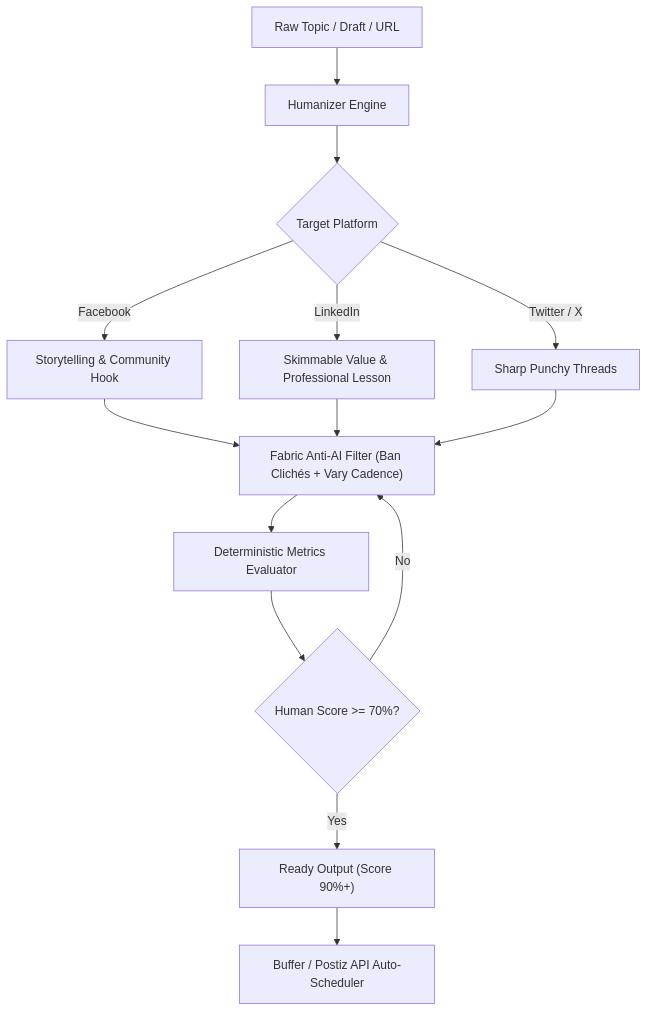
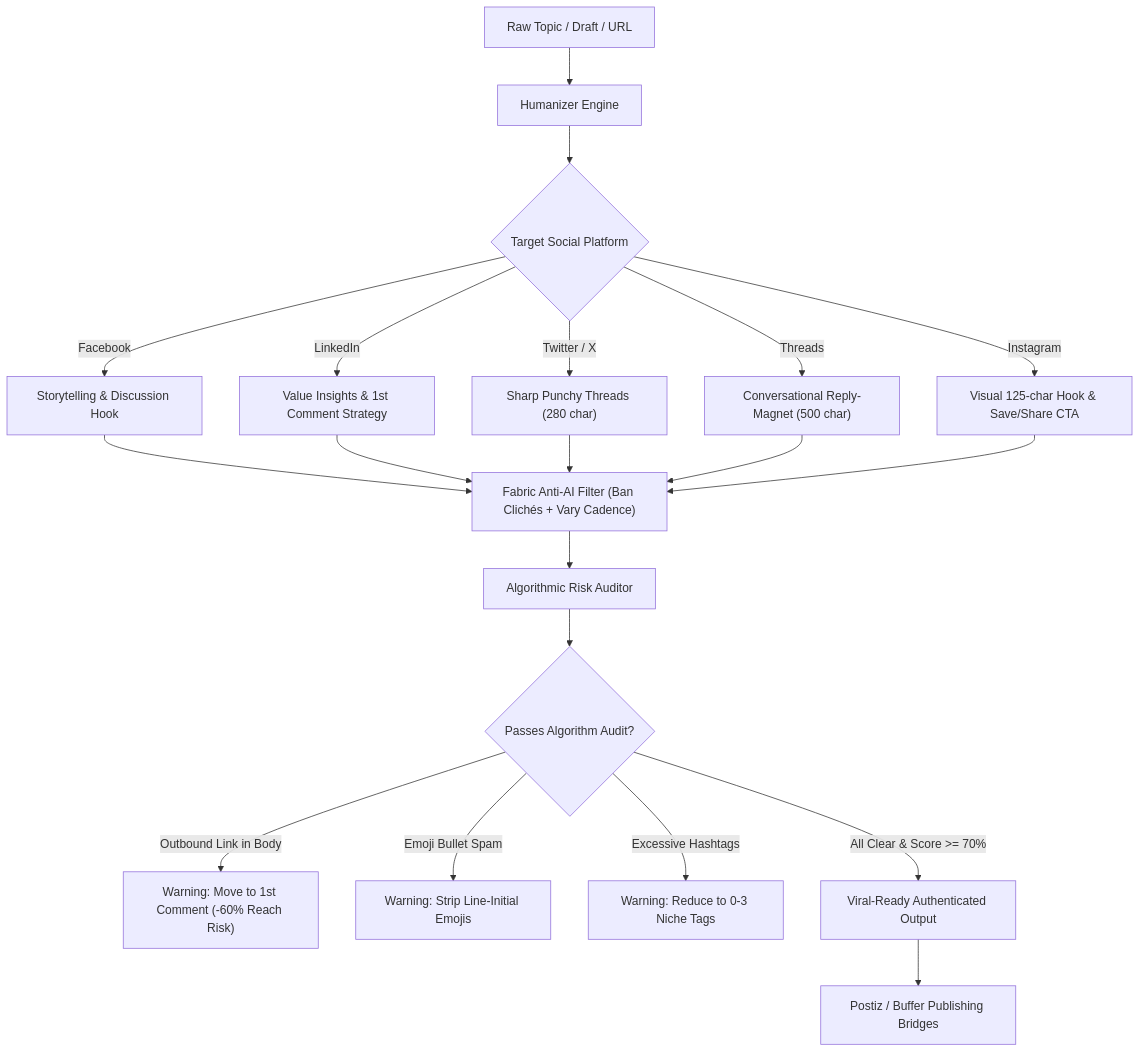
One commit to Jubayer-ahamed42/social-humanizer changed the diagram in README.md. Above: the diagram before and after it, drawn with Mermaid. The commit also changed other lines of this file and 16 other files, not shown here.

Commit message:
feat: complete multi-platform social humanizer engine with algorithmic risk auditor, rich CLI, and interactive web playground

````diff
--- a/README.md
+++ b/README.md
@@ -36,14 +57,21 @@
 ```mermaid
 flowchart TD
     A["Raw Topic / Draft / URL"] --> B["Humanizer Engine"]
-    B --> C{"Target Platform"}
-    C -->|Facebook| D["Storytelling & Community Hook"]
-    C -->|LinkedIn| E["Skimmable Value & Professional Lesson"]
-    C -->|Twitter / X| F["Sharp Punchy Threads"]
-    D & E & F --> G["Fabric Anti-AI Filter (Ban Clichés + Vary Cadence)"]
-    G --> H["Deterministic Metrics Evaluator"]
-    H --> I{"Human Score >= 70%?"}
-    I -->|No| G
-    I -->|Yes| J["Ready Output (Score 90%+)"]
-    J --> K["Buffer / Postiz API Auto-Scheduler"]
+    B --> C{"Target Social Platform"}
+    C -->|Facebook| D["Storytelling & Discussion Hook"]
+    C -->|LinkedIn| E["Value Insights & 1st Comment Strategy"]
+    C -->|Twitter / X| F["Sharp Punchy Threads (280 char)"]
+    C -->|Threads| G["Conversational Reply-Magnet (500 char)"]
+    C -->|Instagram| H["Visual 125-char Hook & Save/Share CTA"]
+    
+    D & E & F & G & H --> I["Fabric Anti-AI Filter (Ban Clichés + Vary Cadence)"]
+    I --> J["Algorithmic Risk Auditor"]
+    
+    J --> K{"Passes Algorithm Audit?"}
+    K -->|Outbound Link in Body| L["Warning: Move to 1st Comment (-60% Reach Risk)"]
+    K -->|Emoji Bullet Spam| M["Warning: Strip Line-Initial Emojis"]
+    K -->|Excessive Hashtags| N["Warning: Reduce to 0-3 Niche Tags"]
+    K -->|All Clear & Score >= 70%| O["Viral-Ready Authenticated Output"]
+    
+    O --> P["Postiz / Buffer Publishing Bridges"]
 ```
````
